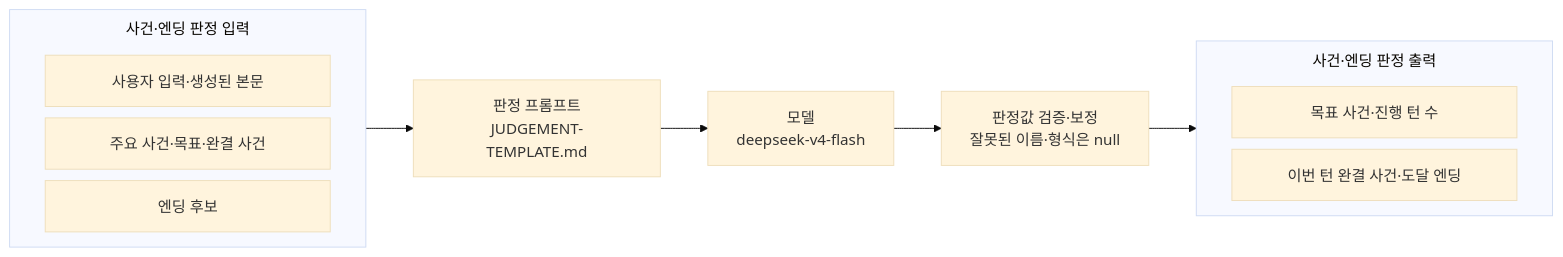
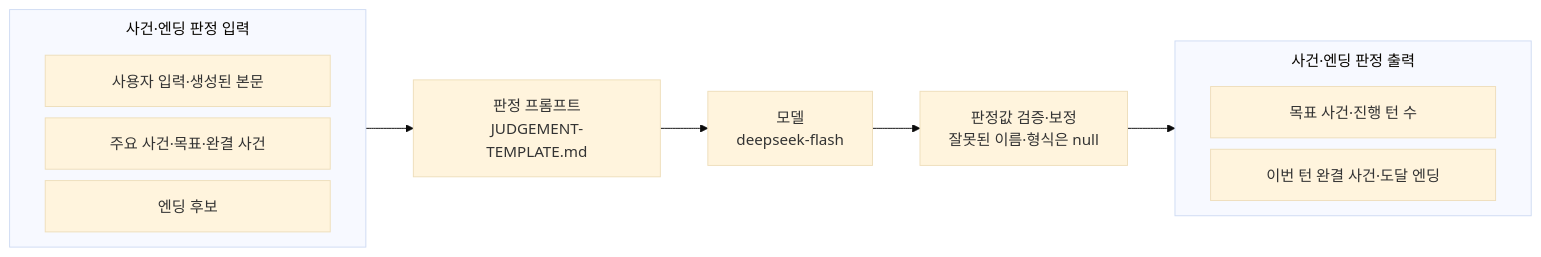
One commit to KIM-N-KANG/knk-harness changed the tenth of 18 diagrams in docs/spec/5-ai-server-spec.md. Above: the diagram before and after it, drawn with Mermaid (base theme). The commit also changed other lines of this file and 2 other files, not shown here.

````diff
--- a/docs/spec/5-ai-server-spec.md
+++ b/docs/spec/5-ai-server-spec.md
@@ -340,21 +340,21 @@
 ```mermaid
 %%{init: {"flowchart": {"nodeSpacing": 12, "subGraphTitleMargin": {"top": 8, "bottom": 24}}}}%%
 flowchart LR
     subgraph J["사건·엔딩 판정 입력"]
         direction LR
         J_item1["<div style='width:240px;text-align:center;'><span>사용자 입력·생성된 본문</span></div>"]
         J_item2["<div style='width:240px;text-align:center;'><span>주요 사건·목표·완결 사건</span></div>"]
         J_item3["<div style='width:240px;text-align:center;'><span>엔딩 후보</span></div>"]
     end
     JP["판정 프롬프트<br/>JUDGEMENT-TEMPLATE.md"]
-    JM["모델<br/>deepseek-v4-flash"]
+    JM["모델<br/>deepseek-flash"]
     subgraph JO["사건·엔딩 판정 출력"]
         direction LR
         JO_item1["<div style='width:240px;text-align:center;'><span>목표 사건·진행 턴 수</span></div>"]
         JO_item2["<div style='width:240px;text-align:center;'><span>이번 턴 완결 사건·도달 엔딩</span></div>"]
     end
     J --> JP
     JP --> JM
     JM --> JV["판정값 검증·보정<br/>잘못된 이름·형식은 null"]
     JV --> JO
 ```
````
